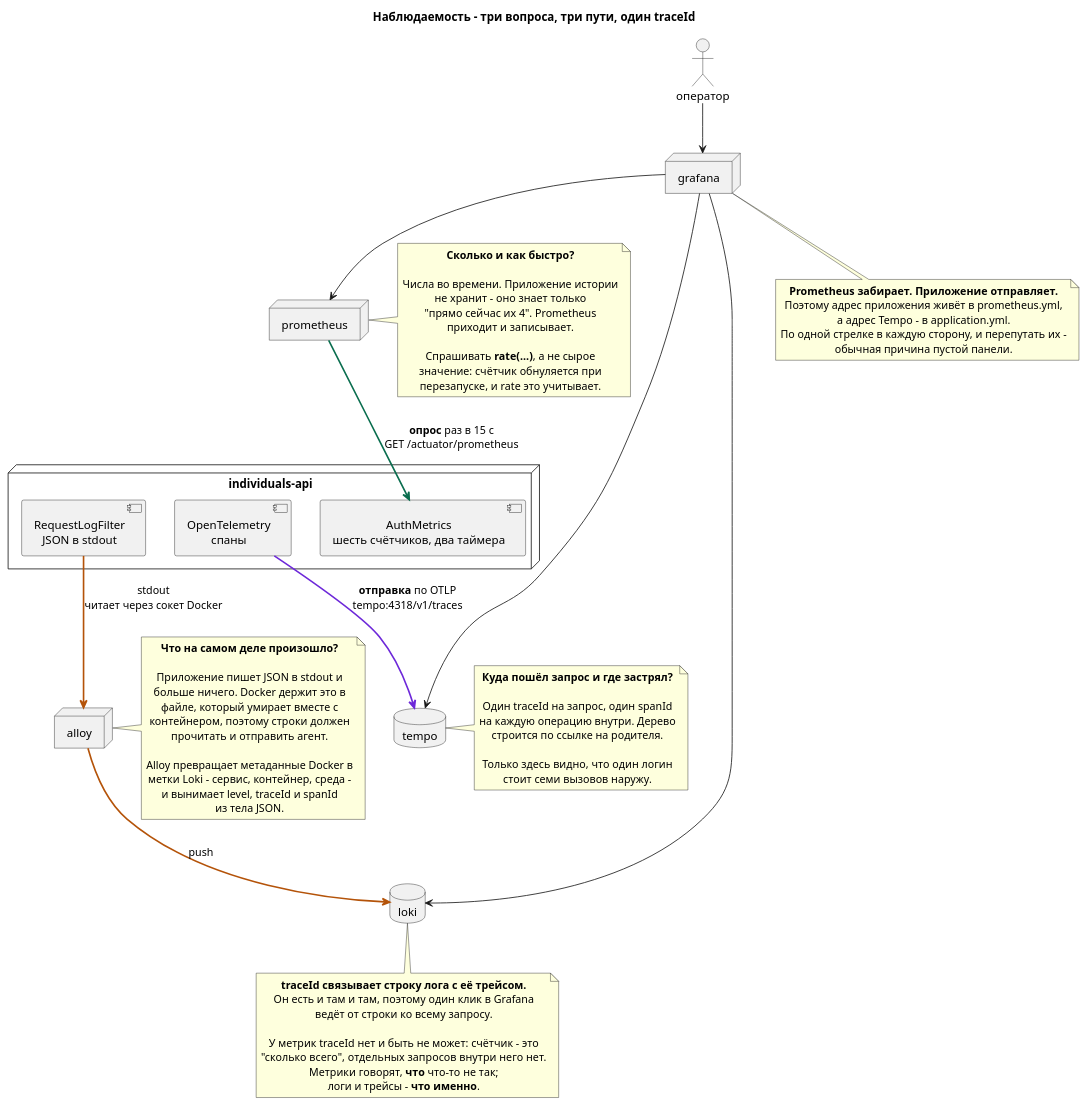
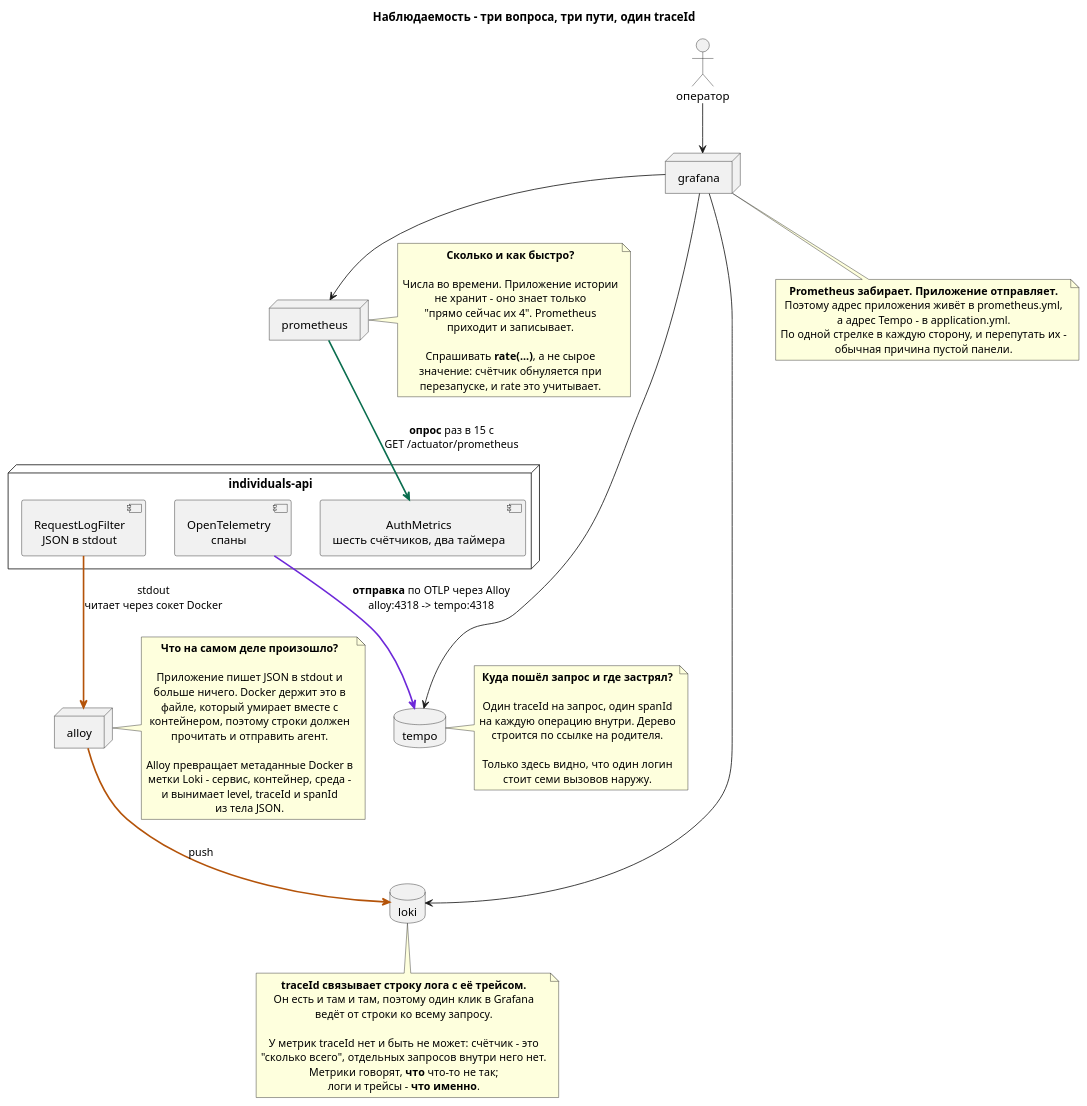
Before and after one commit to dezxxx/payment-platform: the first of 2 diagrams in docs/puml-ru/observability.puml, drawn with PlantUML. The commit also changed other lines of this file and 16 other files, not shown here.

```diff
--- a/docs/puml-ru/observability.puml
+++ b/docs/puml-ru/observability.puml
@@ -1,94 +1,94 @@
 @startuml observability
 title Наблюдаемость - три вопроса, три пути, один traceId
 
 skinparam shadowing false
 skinparam defaultTextAlignment center
 
 actor "оператор" as OP
 
 node "individuals-api" as API {
   component "AuthMetrics\nшесть счётчиков, два таймера" as METERS
   component "RequestLogFilter\nJSON в stdout" as LOGS
   component "OpenTelemetry\nспаны" as SPANS
 }
 
 node "prometheus" as PROM
 node "alloy" as ALLOY
 database "loki" as LOKI
 database "tempo" as TEMPO
 node "grafana" as GRAF
 
 ' --- метрики: забирают ---
 PROM -[#0b6e4f,bold]-> METERS : **опрос** раз в 15 с\nGET /actuator/prometheus
 
 ' --- логи: пишем, потом собирают ---
 LOGS -[#b45309,bold]-> ALLOY : stdout\nчитает через сокет Docker
 ALLOY -[#b45309,bold]-> LOKI : push
 
 ' --- трейсы: отправляет само приложение ---
-SPANS -[#6d28d9,bold]-> TEMPO : **отправка** по OTLP\ntempo:4318/v1/traces
+SPANS -[#6d28d9,bold]-> TEMPO : **отправка** по OTLP через Alloy\nalloy:4318 -> tempo:4318
 
 GRAF --> PROM
 GRAF --> LOKI
 GRAF --> TEMPO
 OP --> GRAF
 
 note right of PROM
   **Сколько и как быстро?**
 
   Числа во времени. Приложение истории
   не хранит - оно знает только
   "прямо сейчас их 4". Prometheus
   приходит и записывает.
 
   Спрашивать **rate(...)**, а не сырое
   значение: счётчик обнуляется при
   перезапуске, и rate это учитывает.
 end note
 
 note right of ALLOY
   **Что на самом деле произошло?**
 
   Приложение пишет JSON в stdout и
   больше ничего. Docker держит это в
   файле, который умирает вместе с
   контейнером, поэтому строки должен
   прочитать и отправить агент.
 
   Alloy превращает метаданные Docker в
   метки Loki - сервис, контейнер, среда -
   и вынимает level, traceId и spanId
   из тела JSON.
 end note
 
 note right of TEMPO
   **Куда пошёл запрос и где застрял?**
 
   Один traceId на запрос, один spanId
   на каждую операцию внутри. Дерево
   строится по ссылке на родителя.
 
   Только здесь видно, что один логин
   стоит семи вызовов наружу.
 end note
 
 note bottom of GRAF
   **Prometheus забирает. Приложение отправляет.**
   Поэтому адрес приложения живёт в prometheus.yml,
   а адрес Tempo - в application.yml.
   По одной стрелке в каждую сторону, и перепутать их -
   обычная причина пустой панели.
 end note
 
 note bottom of LOKI
   **traceId связывает строку лога с её трейсом.**
   Он есть и там и там, поэтому один клик в Grafana
   ведёт от строки ко всему запросу.
 
   У метрик traceId нет и быть не может: счётчик - это
   "сколько всего", отдельных запросов внутри него нет.
   Метрики говорят, **что** что-то не так;
   логи и трейсы - **что именно**.
 end note
 
 @enduml
```
